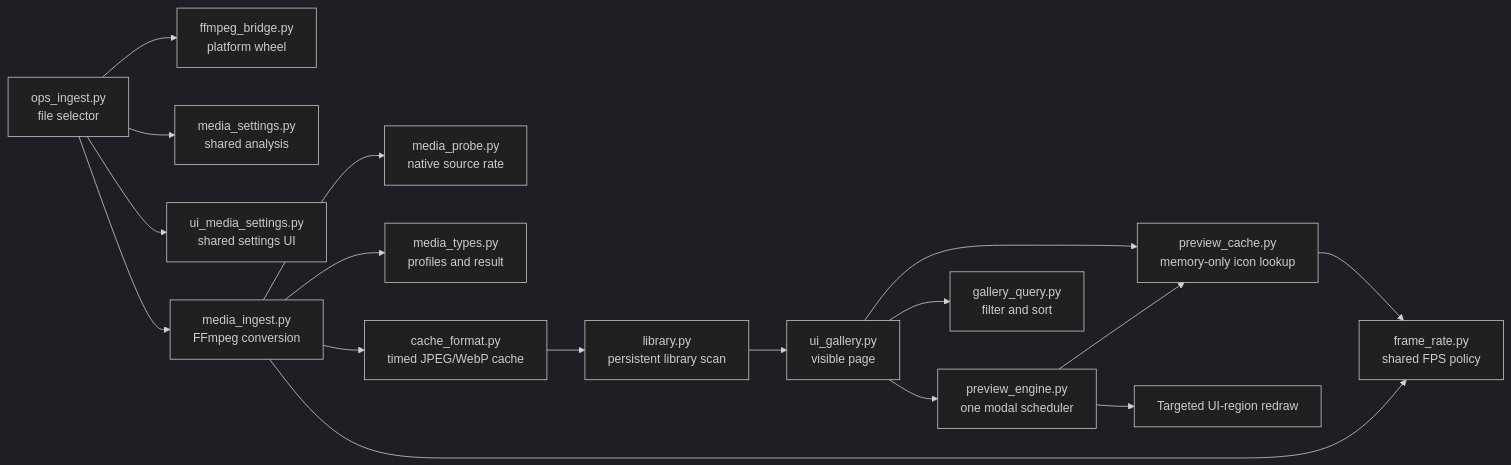
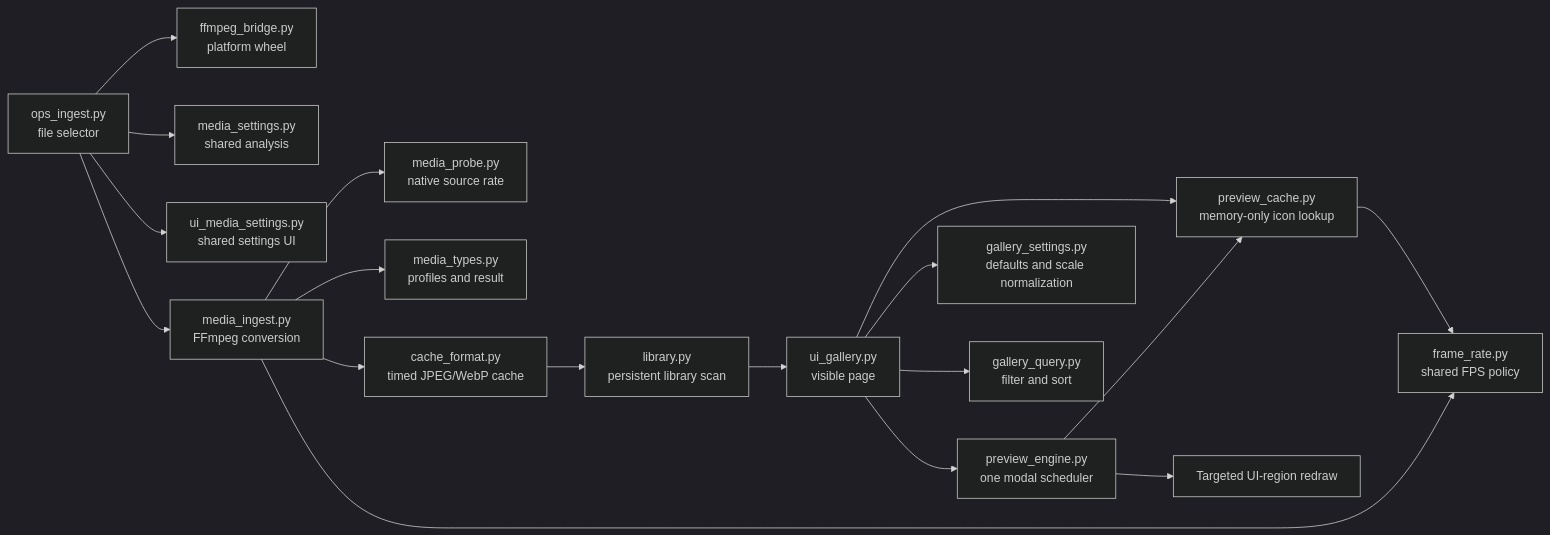
One commit to tdw46/blender-animated-ui changed the diagram in README.md. Above: the diagram before and after it, drawn with Mermaid (dark theme). The commit also changed other lines of this file and 16 other files, not shown here.

````diff
--- a/README.md
+++ b/README.md
@@ -150,20 +153,21 @@
 ```mermaid
 flowchart LR
     UI["ui_gallery.py<br/>visible page"] --> PC["preview_cache.py<br/>memory-only icon lookup"]
     UI --> PE["preview_engine.py<br/>one modal scheduler"]
     PE --> PC
     PE --> R["Targeted UI-region redraw"]
     PC --> FPS["frame_rate.py<br/>shared FPS policy"]
+    UI --> GS["gallery_settings.py<br/>defaults and scale normalization"]
     UI --> GQ["gallery_query.py<br/>filter and sort"]
 
     OP["ops_ingest.py<br/>file selector"] --> FB["ffmpeg_bridge.py<br/>platform wheel"]
     OP --> MS["media_settings.py<br/>shared analysis"]
     OP --> UIS["ui_media_settings.py<br/>shared settings UI"]
     OP --> MI["media_ingest.py<br/>FFmpeg conversion"]
     MI --> MP["media_probe.py<br/>native source rate"]
     MI --> MT["media_types.py<br/>profiles and result"]
     MI --> FPS
     MI --> CF["cache_format.py<br/>timed JPEG/WebP cache"]
     CF --> LIB["library.py<br/>persistent library scan"]
     LIB --> UI
 ```
````
